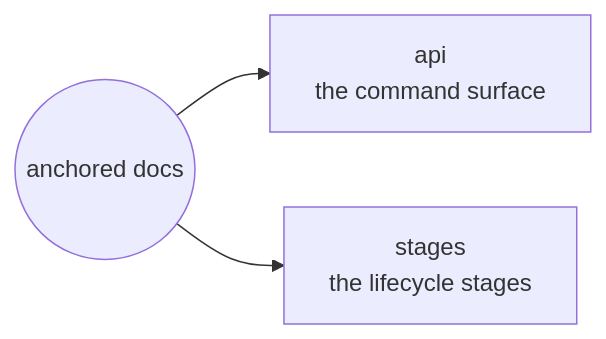
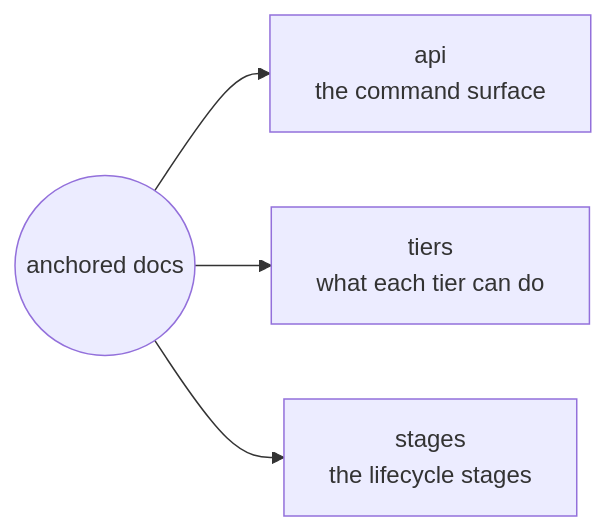
One commit to chafoo/anchored changed the diagram in docs/_docs.md. Above: the diagram before and after it, drawn with Mermaid. The commit also changed other lines of this file and 5 other files, not shown here.

````diff
--- a/docs/_docs.md
+++ b/docs/_docs.md
@@ -5,8 +5,10 @@
 ```mermaid
 flowchart LR
   docs((anchored docs))
   docs --> api["api<br/>the command surface"]
+  docs --> tiers["tiers<br/>what each tier can do"]
   docs --> stages["stages<br/>the lifecycle stages"]
   click api "api.md"
+  click tiers "tier/_tier.md"
   click stages "stages/_stages.md"
 ```
````
